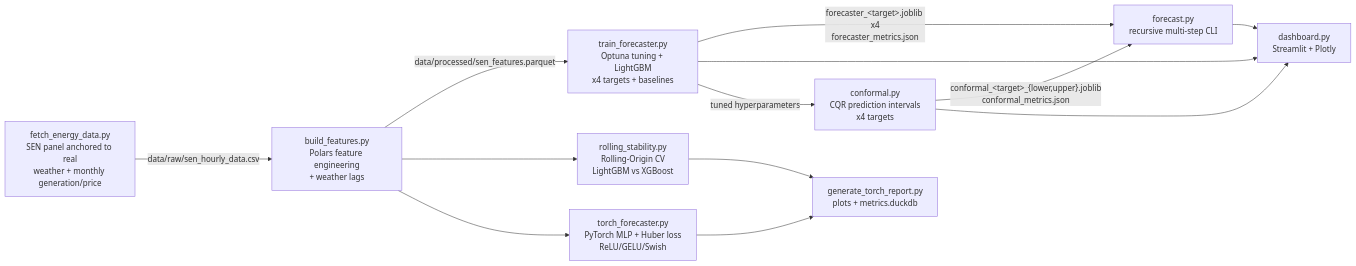
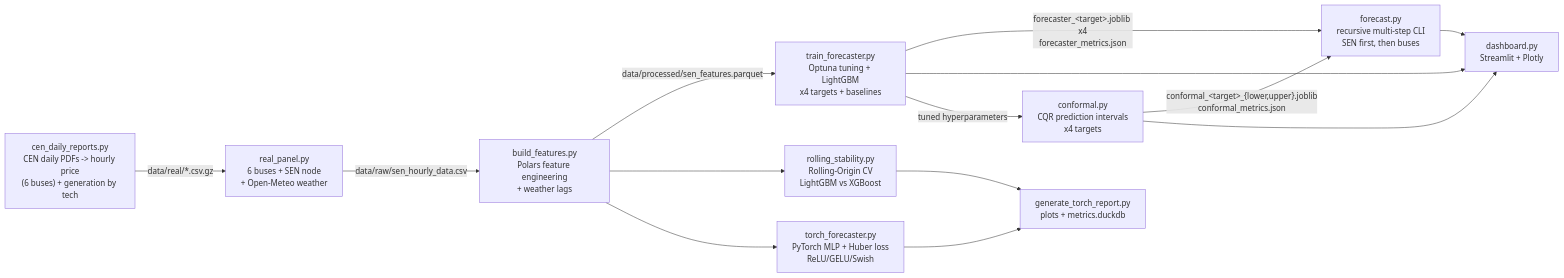
One commit to Rxyxs/chile-energy-grid-forecasting changed the diagram in README.md. Above: the diagram before and after it, drawn with Mermaid. The commit also changed other lines of this file and 41 other files, not shown here.

````diff
--- a/README.md
+++ b/README.md
@@ -66,15 +74,16 @@
 ```mermaid
 flowchart LR
-    A["fetch_energy_data.py\nSEN panel anchored to real\nweather + monthly generation/price"] -->|"data/raw/sen_hourly_data.csv"| B["build_features.py\nPolars feature engineering\n+ weather lags"]
+    R["cen_daily_reports.py\nCEN daily PDFs -> hourly price\n(6 buses) + generation by tech"] -->|"data/real/*.csv.gz"| A["real_panel.py\n6 buses + SEN node\n+ Open-Meteo weather"]
+    A -->|"data/raw/sen_hourly_data.csv"| B["build_features.py\nPolars feature engineering\n+ weather lags"]
     B -->|"data/processed/sen_features.parquet"| C["train_forecaster.py\nOptuna tuning + LightGBM\nx4 targets + baselines"]
     B --> G["rolling_stability.py\nRolling-Origin CV\nLightGBM vs XGBoost"]
     B --> H["torch_forecaster.py\nPyTorch MLP + Huber loss\nReLU/GELU/Swish"]
-    C -->|"forecaster_&lt;target&gt;.joblib x4\nforecaster_metrics.json"| D["forecast.py\nrecursive multi-step CLI"]
+    C -->|"forecaster_&lt;target&gt;.joblib x4\nforecaster_metrics.json"| D["forecast.py\nrecursive multi-step CLI\nSEN first, then buses"]
     C --> E["dashboard.py\nStreamlit + Plotly"]
     C -->|"tuned hyperparameters"| J["conformal.py\nCQR prediction intervals\nx4 targets"]
     H --> I["generate_torch_report.py\nplots + metrics.duckdb"]
     G --> I
     J -->|"conformal_&lt;target&gt;_{lower,upper}.joblib\nconformal_metrics.json"| D
     J --> E
     D --> E
 ```
````
